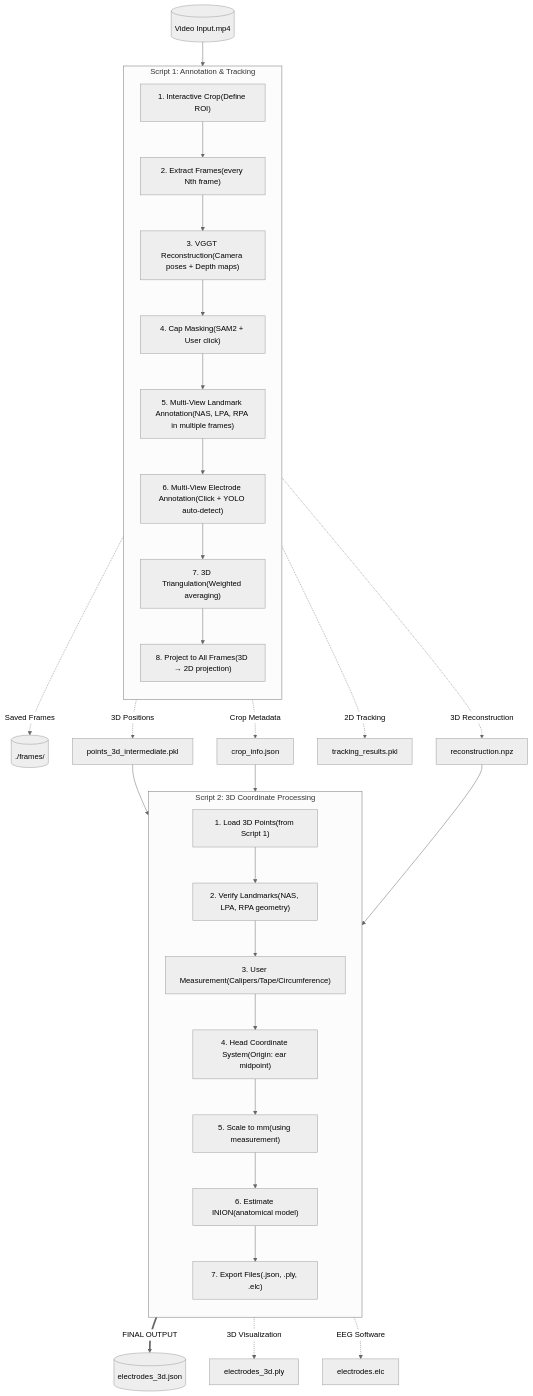
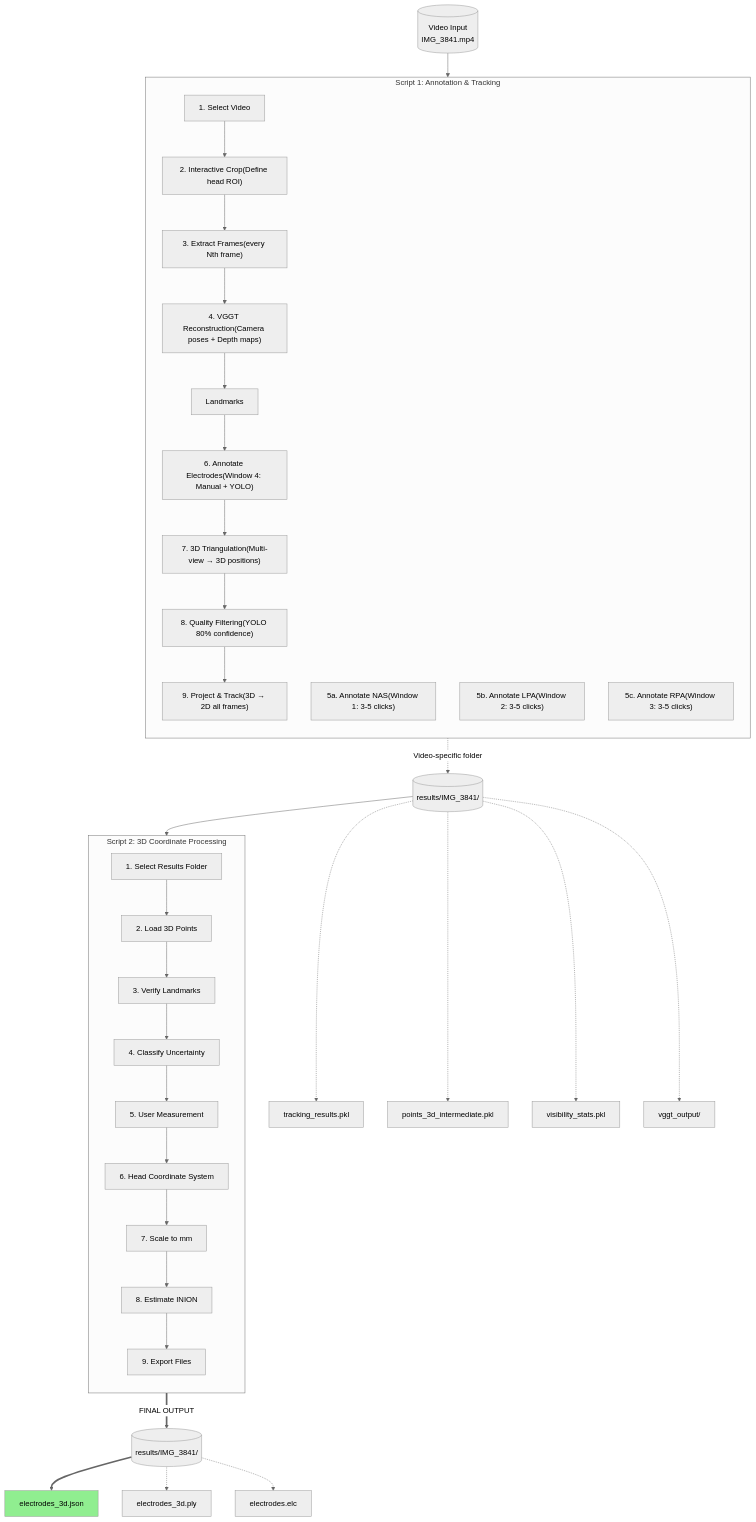
The first of 2 diagrams in README.md (evrim06/video-eeg-electrode-registration), drawn with Mermaid (neutral theme) before and after one commit. The commit also changed other lines of this file and 9 other files, not shown here.

First line of the commit message:
Refactor visualization and analysis scripts for EEG electrode localization

````diff
--- a/README.md
+++ b/README.md
@@ -29,63 +32,66 @@
 ```mermaid
 flowchart TD
-    %% Global Inputs
-    Video[("Video Input.mp4")]
+    Video[("Video Input\nIMG_3841.mp4")]
 
     subgraph Script1 ["Script 1: Annotation & Tracking"]
         direction TB
-        Crop["1. Interactive Crop<br\>(Define ROI)"]
-        Extract["2. Extract Frames<br\>(every Nth frame)"]
-        VGGT["3. VGGT Reconstruction<br\>(Camera poses + Depth maps)"]
-        Cap["4. Cap Masking<br\>(SAM2 + User click)"]
-        Landmarks["5. Multi-View Landmark Annotation<br\>(NAS, LPA, RPA in multiple frames)"]
-        Electrodes["6. Multi-View Electrode Annotation<br\>(Click + YOLO auto-detect)"]
-        Triangulate["7. 3D Triangulation<br\>(Weighted averaging)"]
-        Project["8. Project to All Frames<br\>(3D → 2D projection)"]
+        Select["1. Select Video"]
+        Crop["2. Interactive Crop<br\>(Define head ROI)"]
+        Extract["3. Extract Frames<br\>(every Nth frame)"]
+        VGGT["4. VGGT Reconstruction<br\>(Camera poses + Depth maps)"]
+        NAS["5a. Annotate NAS<br\>(Window 1: 3-5 clicks)"]
+        LPA["5b. Annotate LPA<br\>(Window 2: 3-5 clicks)"]
+        RPA["5c. Annotate RPA<br\>(Window 3: 3-5 clicks)"]
+        Electrodes["6. Annotate Electrodes<br\>(Window 4: Manual + YOLO)"]
+        Triangulate["7. 3D Triangulation<br\>(Multi-view → 3D positions)"]
+        Quality["8. Quality Filtering<br\>(YOLO 80% confidence)"]
+        Project["9. Project & Track<br\>(3D → 2D all frames)"]
         
+        Select --> Crop
         Crop --> Extract
         Extract --> VGGT
-        VGGT --> Cap
-        Cap --> Landmarks
+        VGGT --> Landmarks
         Landmarks --> Electrodes
         Electrodes --> Triangulate
-        Triangulate --> Project
+        Triangulate --> Quality
+        Quality --> Project
     end
 
-    %% Script 1 Outputs
-    Video --> Crop
-    Extract -.->|"Saved Frames"| FramesDir[("./frames/")]
-    Crop -.->|"Crop Metadata"| CropInfo["crop_info.json"]
-    VGGT -.->|"3D Reconstruction"| ReconNpz["reconstruction.npz"]
-    Project -.->|"2D Tracking"| TrackPkl["tracking_results.pkl"]
-    Triangulate -.->|"3D Positions"| Points3D["points_3d_intermediate.pkl"]
-
+    Video --> Select
+    Project -.->|"Video-specific folder"| ResultsFolder[("results/IMG_3841/")]
+    ResultsFolder -.-> TrackPkl["tracking_results.pkl"]
+    ResultsFolder -.-> Points3D["points_3d_intermediate.pkl"]
+    ResultsFolder -.-> Visibility["visibility_stats.pkl"]
+    ResultsFolder -.-> VGGTDir["vggt_output/"]
 
     subgraph Script2 ["Script 2: 3D Coordinate Processing"]
         direction TB
-        Load3D["1. Load 3D Points<br\>(from Script 1)"]
-        Verify["2. Verify Landmarks<br\>(NAS, LPA, RPA geometry)"]
-        Measure["3. User Measurement<br\>(Calipers/Tape/Circumference)"]
-        HeadCoord["4. Head Coordinate System<br\>(Origin: ear midpoint)"]
-        Scale["5. Scale to mm<br\>(using measurement)"]
-        EstInion["6. Estimate INION<br\>(anatomical model)"]
-        Export["7. Export Files<br\>(.json, .ply, .elc)"]
+        SelectRes["1. Select Results Folder"]
+        Load3D["2. Load 3D Points"]
+        Verify["3. Verify Landmarks"]
+        Uncertainty["4. Classify Uncertainty"]
+        Measure["5. User Measurement"]
+        HeadCoord["6. Head Coordinate System"]
+        Scale["7. Scale to mm"]
+        EstInion["8. Estimate INION"]
+        Export["9. Export Files"]
         
+        SelectRes --> Load3D
         Load3D --> Verify
-        Verify --> Measure
+        Verify --> Uncertainty
+        Uncertainty --> Measure
         Measure --> HeadCoord
         HeadCoord --> Scale
         Scale --> EstInion
         EstInion --> Export
     end
 
-    %% Script 2 Data Flow
-    Points3D --> Load3D
-    CropInfo --> Load3D
-    ReconNpz --> Load3D
+    ResultsFolder --> SelectRes
     
-    %% Script 2 Outputs
-    Export ==>|"FINAL OUTPUT"| FinalJson[("electrodes_3d.json")]
-    Export -.->|"3D Visualization"| FinalPly["electrodes_3d.ply"]
-    Export -.->|"EEG Software"| FinalElc["electrodes.elc"]
+    Export ==>|"FINAL OUTPUT"| FinalFolder[("results/IMG_3841/")]
+    FinalFolder ==> FinalJson["electrodes_3d.json"]
+    FinalFolder -.-> FinalPly["electrodes_3d.ply"]
+    FinalFolder -.-> FinalElc["electrodes.elc"]
     
+    style FinalJson fill:#90EE90
 ```
````
